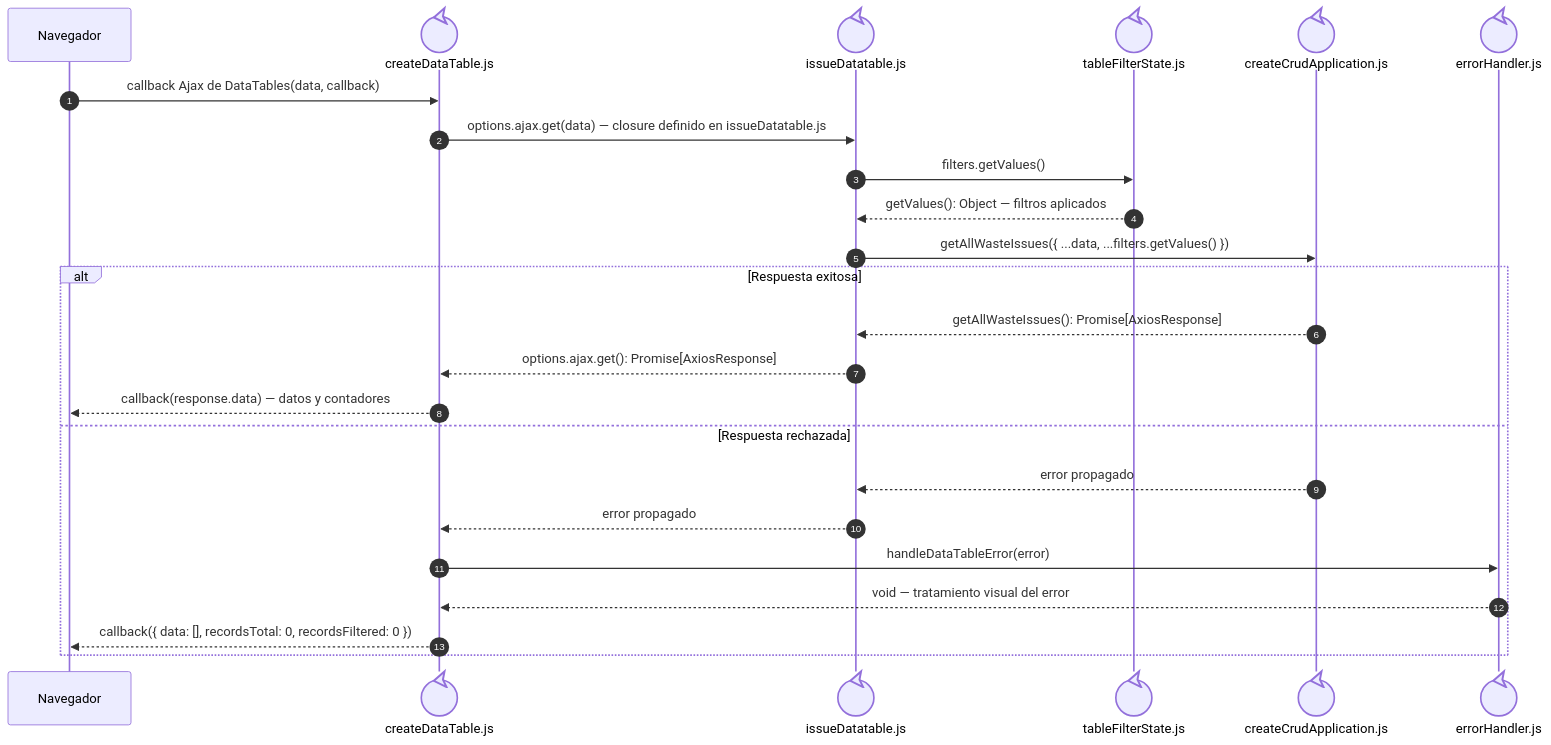
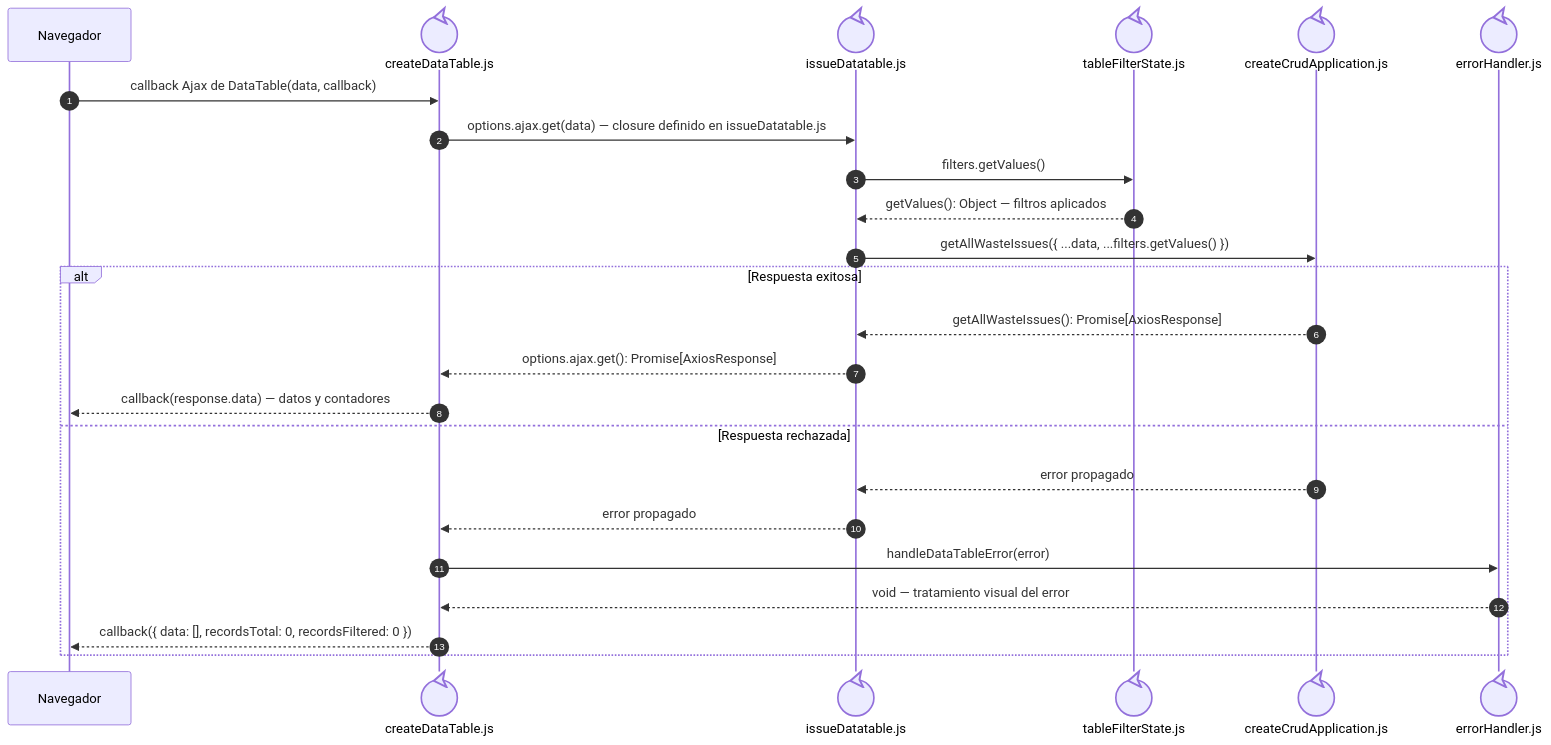
One commit to gpgsistemas01/nexus changed the third of 4 diagrams in docs/architecture/views/processes/frontend-code-sequences/issues/cu-sal-08.md. Above: the diagram before and after it, drawn with Mermaid. The commit also changed other lines of this file and 142 other files, not shown here.

````diff
--- a/docs/architecture/views/processes/frontend-code-sequences/issues/cu-sal-08.md
+++ b/docs/architecture/views/processes/frontend-code-sequences/issues/cu-sal-08.md
@@ -133,27 +134,27 @@
 ```mermaid
 sequenceDiagram
     autonumber
     participant Browser as Navegador
     participant TableCore@{ "type": "control" } as createDataTable.js
     participant IssueTable@{ "type": "control" } as issueDatatable.js
     participant FilterState@{ "type": "control" } as tableFilterState.js
     participant Application@{ "type": "control" } as createCrudApplication.js
     participant Errors@{ "type": "control" } as errorHandler.js
 
-    Browser->>TableCore: callback Ajax de DataTables(data, callback)
+    Browser->>TableCore: callback Ajax de DataTable(data, callback)
     TableCore->>IssueTable: options.ajax.get(data) — closure definido en issueDatatable.js
     IssueTable->>FilterState: filters.getValues()
     FilterState-->>IssueTable: getValues(): Object — filtros aplicados
     IssueTable->>Application: getAllWasteIssues({ ...data, ...filters.getValues() })
     alt Respuesta exitosa
         Application-->>IssueTable: getAllWasteIssues(): Promise[AxiosResponse]
         IssueTable-->>TableCore: options.ajax.get(): Promise[AxiosResponse]
         TableCore-->>Browser: callback(response.data) — datos y contadores
     else Respuesta rechazada
         Application-->>IssueTable: error propagado
         IssueTable-->>TableCore: error propagado
         TableCore->>Errors: handleDataTableError(error)
         Errors-->>TableCore: void — tratamiento visual del error
         TableCore-->>Browser: callback({ data: [], recordsTotal: 0, recordsFiltered: 0 })
     end
 ```
````
